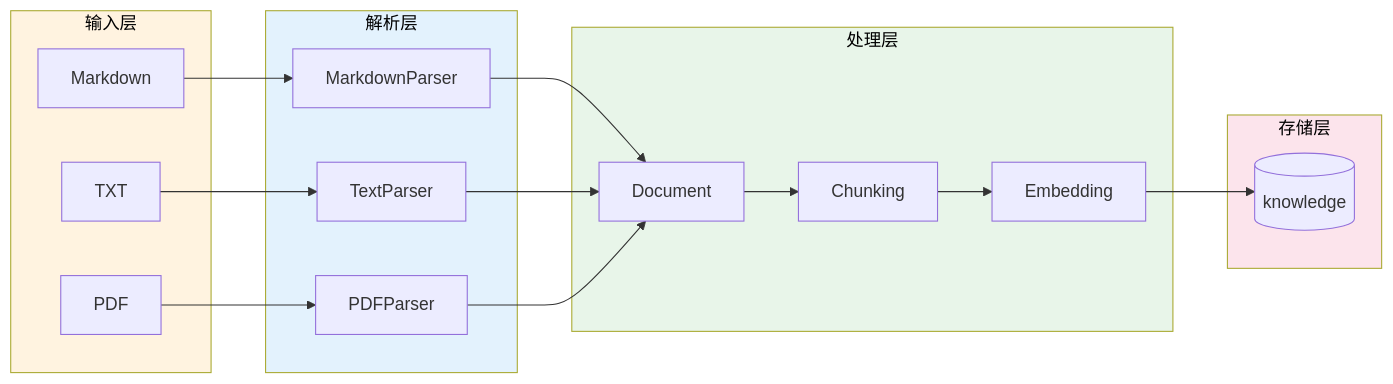
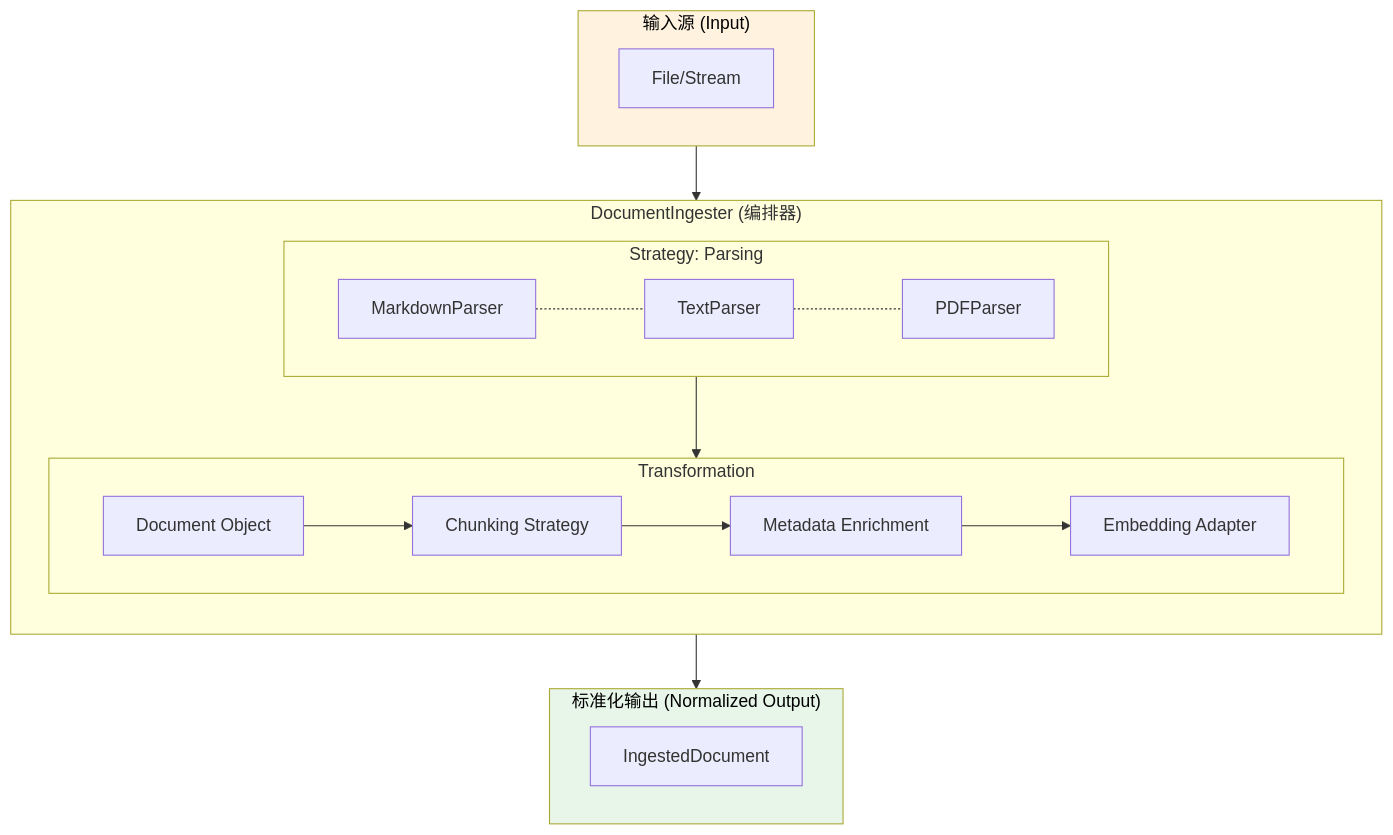
Before and after one commit to ThreeFish-AI/agentic-ai-cognizes: the sixth of 11 diagrams in docs/engine/030-the-perception.md, drawn with Mermaid. The commit also changed other lines of this file, not shown here.

First line of the commit message:
docs(perception): 优化摄入管道架构图与元数据说明;

````diff
--- a/docs/engine/030-the-perception.md
+++ b/docs/engine/030-the-perception.md
@@ -701,31 +703,44 @@
 ```mermaid
-flowchart LR
-    subgraph Input["输入层"]
-        MD[Markdown]
-        TXT[TXT]
-        PDF[PDF]
+flowchart TB
+    subgraph Input["输入源 (Input)"]
+        File[File/Stream]
     end
 
-    subgraph Parse["解析层"]
-        MD --> MP[MarkdownParser]
-        TXT --> TP[TextParser]
-        PDF --> PP[PDFParser]
+    subgraph Orchestrator["DocumentIngester (编排器)"]
+        direction TB
+
+        subgraph Parser["Strategy: Parsing"]
+            direction LR
+
+            MP[MarkdownParser]
+            TP[TextParser]
+            PP[PDFParser]
+
+            MP -.- TP -.- PP
+        end
+
+        subgraph Transform["Transformation"]
+            direction LR
+
+            Doc[Document Object]
+            Chunker[Chunking Strategy]
+            Meta[Metadata Enrichment]
+            Embed[Embedding Adapter]
+
+            Doc --> Chunker
+            Chunker --> Meta
+            Meta --> Embed
+        end
     end
 
-    subgraph Process["处理层"]
-        MP --> DOC[Document]
-        TP --> DOC
-        PP --> DOC
-        DOC --> CHUNK[Chunking]
-        CHUNK --> EMBED[Embedding]
+    subgraph Output["标准化输出 (Normalized Output)"]
+        ID[IngestedDocument]
     end
 
-    subgraph Store["存储层"]
-        EMBED --> KB[(knowledge)]
-    end
+    Input --> Parser
+    Parser --> Transform
+    Transform --> Output
 
     style Input fill:#fff3e0,color:#000
-    style Parse fill:#e3f2fd,color:#000
-    style Process fill:#e8f5e9,color:#000
-    style Store fill:#fce4ec,color:#000
+    style Output fill:#e8f5e9,color:#000
 ```
````
